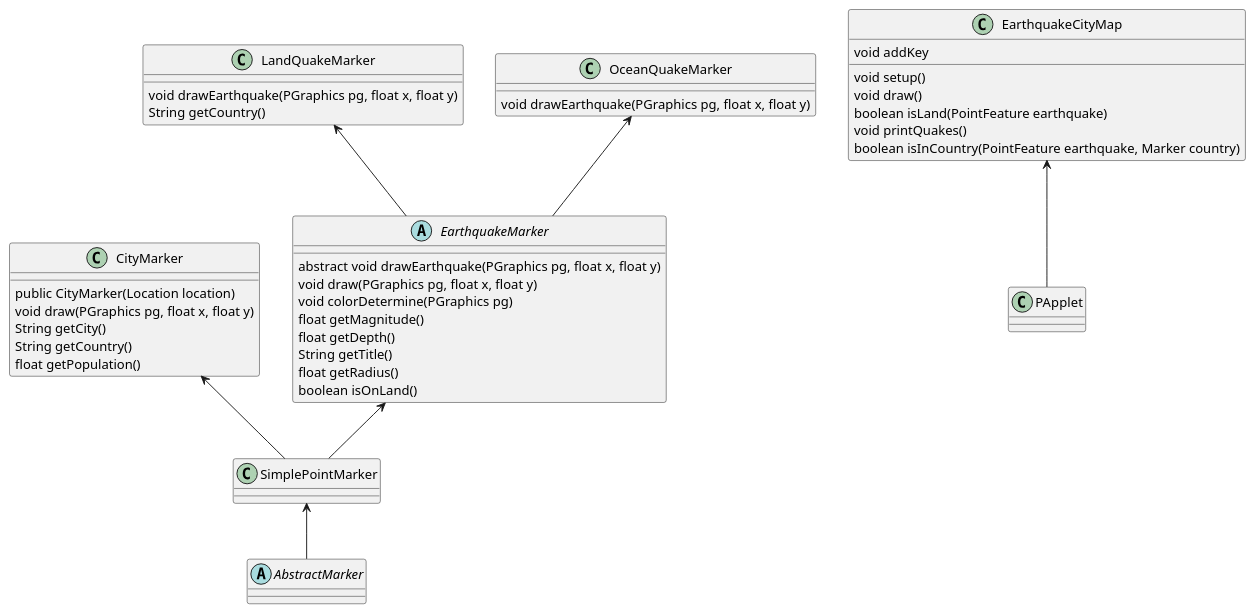
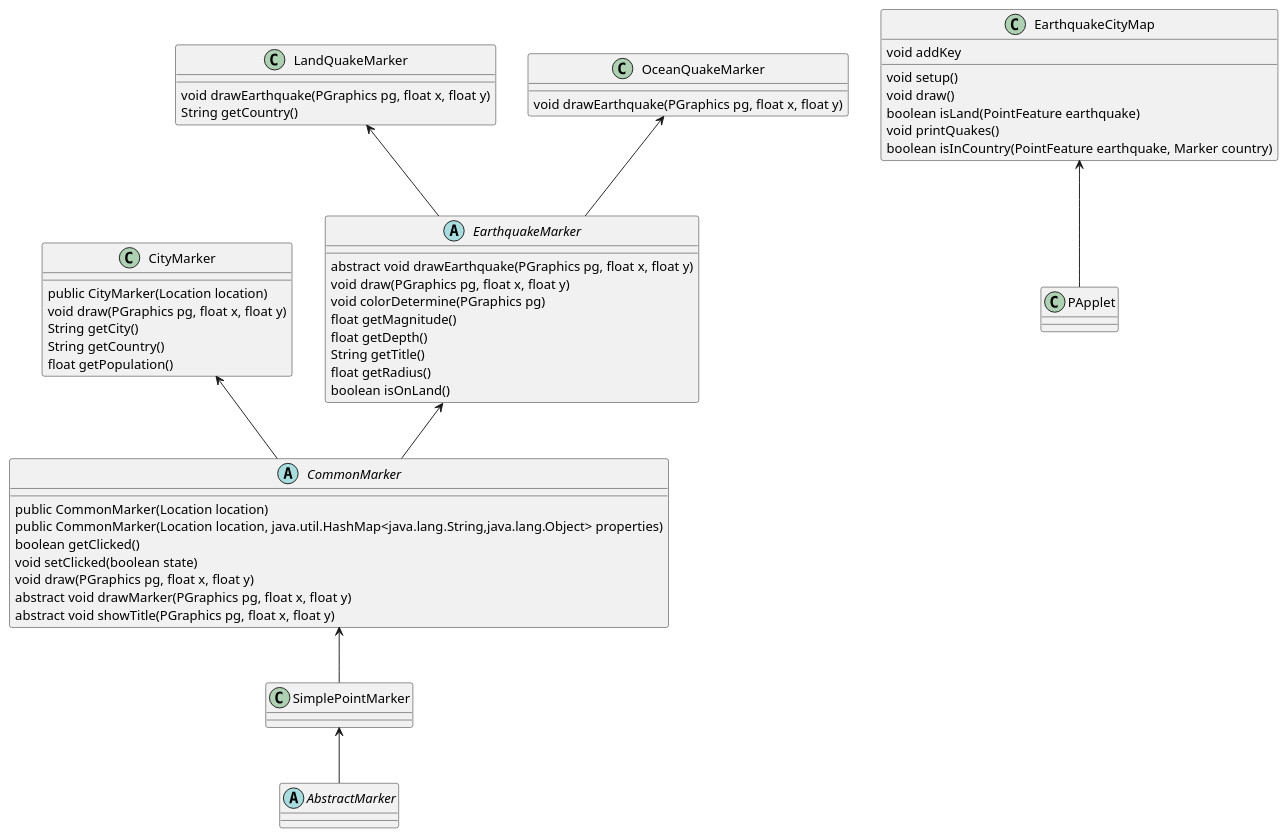
The diagram in src/module5/my.puml (EUxGB/UCSDUnfoldingMaps), drawn with PlantUML before and after one commit. The commit also changed 2 other files, not shown here.

Commit message:
UML исправлен

```diff
--- a/src/module5/my.puml
+++ b/src/module5/my.puml
@@ -1,52 +1,61 @@
 @startuml
 
 abstract class AbstractMarker
+abstract class CommonMarker{
+public CommonMarker(Location location)
+public CommonMarker(Location location, java.util.HashMap<java.lang.String,java.lang.Object> properties)
+boolean getClicked()
+void setClicked(boolean state)
+void draw(PGraphics pg, float x, float y)
+abstract void drawMarker(PGraphics pg, float x, float y)
+abstract void showTitle(PGraphics pg, float x, float y)
+}
 
 class SimplePointMarker
 
 class CityMarker{
 public CityMarker(Location location)
 void draw(PGraphics pg, float x, float y)
 String getCity()
 String getCountry()
 float getPopulation()
 }
 
 abstract class EarthquakeMarker{
 abstract void drawEarthquake(PGraphics pg, float x, float y)
 void draw(PGraphics pg, float x, float y)
 void colorDetermine(PGraphics pg)
  float getMagnitude()
  float getDepth()
  String getTitle()
  float getRadius()
  boolean isOnLand()
 }
 
 class LandQuakeMarker{
 void drawEarthquake(PGraphics pg, float x, float y)
 String getCountry()
 
 }
 class OceanQuakeMarker{
 void drawEarthquake(PGraphics pg, float x, float y)
 }
 
 
 class EarthquakeCityMap{
 void setup()
 void addKey
 void draw()
 boolean isLand(PointFeature earthquake)
 void printQuakes()
 boolean isInCountry(PointFeature earthquake, Marker country)
 }
-
+CommonMarker <-- SimplePointMarker
 SimplePointMarker <--AbstractMarker
-CityMarker <-- SimplePointMarker
-EarthquakeMarker <-- SimplePointMarker
+CityMarker <-- CommonMarker
+EarthquakeMarker <-- CommonMarker
 LandQuakeMarker <-- EarthquakeMarker
 OceanQuakeMarker <-- EarthquakeMarker
 EarthquakeCityMap <-- PApplet
 
 @enduml
```
